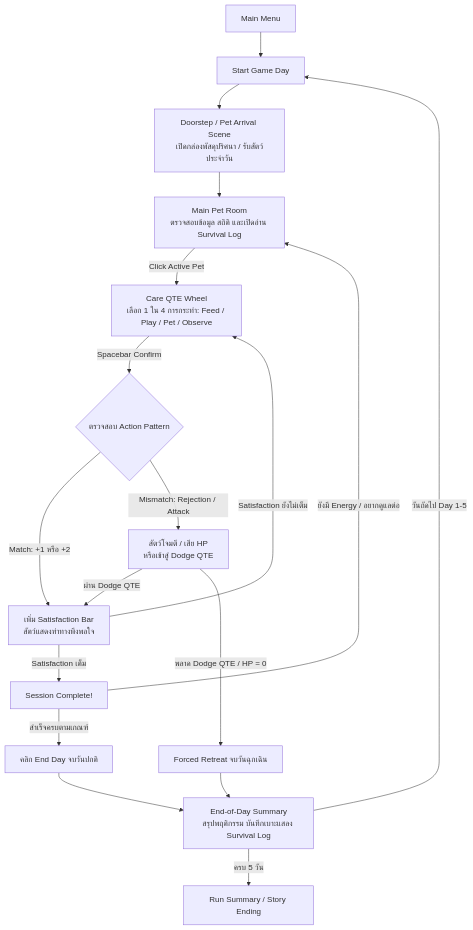
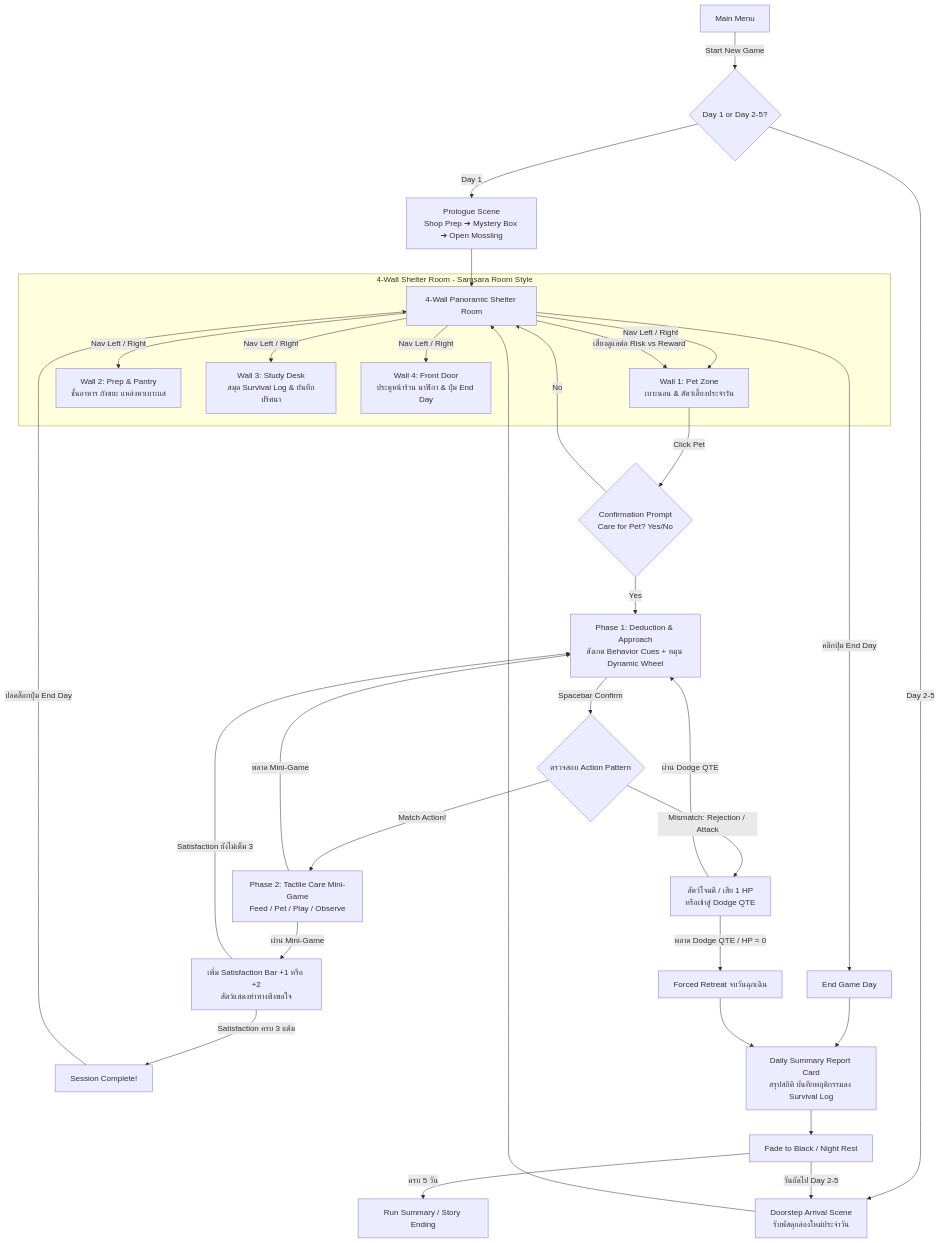
One commit to SShoww/Your-Story changed the diagram in BEPAL/Docs/GDD/01-core-loop.md. Above: the diagram before and after it, drawn with Mermaid. The commit also changed other lines of this file and 13 other files, not shown here.

First line of the commit message:
Align docs with 4-wall shelter design

````diff
--- a/BEPAL/Docs/GDD/01-core-loop.md
+++ b/BEPAL/Docs/GDD/01-core-loop.md
@@ -11,20 +11,42 @@
 ```mermaid
 flowchart TD
-    A[Main Menu] --> B[Start Game Day]
-    B --> C[Doorstep / Pet Arrival Scene<br>เปิดกล่องพัสดุปริศนา / รับสัตว์ประจำวัน]
-    C --> D[Main Pet Room<br>ตรวจสอบข้อมูล สถิติ และเปิดอ่าน Survival Log]
-    D -->|Click Active Pet| E[Care QTE Wheel<br>เลือก 1 ใน 4 การกระทำ: Feed / Play / Pet / Observe]
-    E -->|Spacebar Confirm| F{ตรวจสอบ Action Pattern}
-    F -->|Match: +1 หรือ +2| G[เพิ่ม Satisfaction Bar<br>สัตว์แสดงท่าทางพึงพอใจ]
-    F -->|Mismatch: Rejection / Attack| H[สัตว์โจมตี / เสีย HP<br>หรือเข้าสู่ Dodge QTE]
-    H -->|ผ่าน Dodge QTE| G
+    A[Main Menu] -->|Start New Game| B{Day 1 or Day 2-5?}
+    B -->|Day 1| C1[Prologue Scene<br>Shop Prep ➔ Mystery Box ➔ Open Mossling]
+    B -->|Day 2-5| C2[Doorstep Arrival Scene<br>รับพัสดุกล่องใหม่ประจำวัน]
+    
+    C1 --> D[4-Wall Panoramic Shelter Room]
+    C2 --> D
+    
+    subgraph RoomNav [4-Wall Shelter Room - Samsara Room Style]
+        D -->|Nav Left / Right| W1[Wall 1: Pet Zone<br>เบาะนอน & สัตว์เลี้ยงประจำวัน]
+        D -->|Nav Left / Right| W2[Wall 2: Prep & Pantry<br>ชั้นอาหาร ถังขยะ แหล่งหาเบาะแส]
+        D -->|Nav Left / Right| W3[Wall 3: Study Desk<br>สมุด Survival Log & บันทึกปริศนา]
+        D -->|Nav Left / Right| W4[Wall 4: Front Door<br>ประตูหน้าร้าน นาฬิกา & ปุ่ม End Day]
+    end
+    
+    W1 -->|Click Pet| P{Confirmation Prompt<br>Care for Pet? Yes/No}
+    P -->|No| D
+    P -->|Yes| E1[Phase 1: Deduction & Approach<br>สังเกต Behavior Cues + หมุน Dynamic Wheel]
+    
+    E1 -->|Spacebar Confirm| F{ตรวจสอบ Action Pattern}
+    F -->|Mismatch: Rejection / Attack| H[สัตว์โจมตี / เสีย 1 HP<br>หรือเข้าสู่ Dodge QTE]
+    H -->|ผ่าน Dodge QTE| E1
     H -->|พลาด Dodge QTE / HP = 0| I[Forced Retreat จบวันฉุกเฉิน]
-    G -->|Satisfaction ยังไม่เต็ม| E
-    G -->|Satisfaction เต็ม| J[Session Complete!]
-    J -->|ยังมี Energy / อยากดูแลต่อ| D
-    J -->|สำเร็จครบตามเกณฑ์| K[คลิก End Day จบวันปกติ]
-    K --> L[End-of-Day Summary<br>สรุปพฤติกรรม บันทึกเบาะแสลง Survival Log]
+    
+    F -->|Match Action!| E2[Phase 2: Tactile Care Mini-Game<br>Feed / Pet / Play / Observe]
+    E2 -->|ผ่าน Mini-Game| G[เพิ่ม Satisfaction Bar +1 หรือ +2<br>สัตว์แสดงท่าทางพึงพอใจ]
+    E2 -->|พลาด Mini-Game| E1
+    
+    G -->|Satisfaction ยังไม่เต็ม 3| E1
+    G -->|Satisfaction ครบ 3 แต้ม| J[Session Complete!]
+    
+    J -->|ปลดล็อกปุ่ม End Day| D
+    D -->|เสี่ยงดูแลต่อ Risk vs Reward| W1
+    D -->|คลิกปุ่ม End Day| K[End Game Day]
+    
+    K --> L[Daily Summary Report Card<br>สรุปสถิติ บันทึกพฤติกรรมลง Survival Log]
     I --> L
-    L -->|วันถัดไป Day 1-5| B
-    L -->|ครบ 5 วัน| M[Run Summary / Story Ending]
+    L --> N[Fade to Black / Night Rest]
+    N -->|วันถัดไป Day 2-5| C2
+    N -->|ครบ 5 วัน| M[Run Summary / Story Ending]
 ```
````
